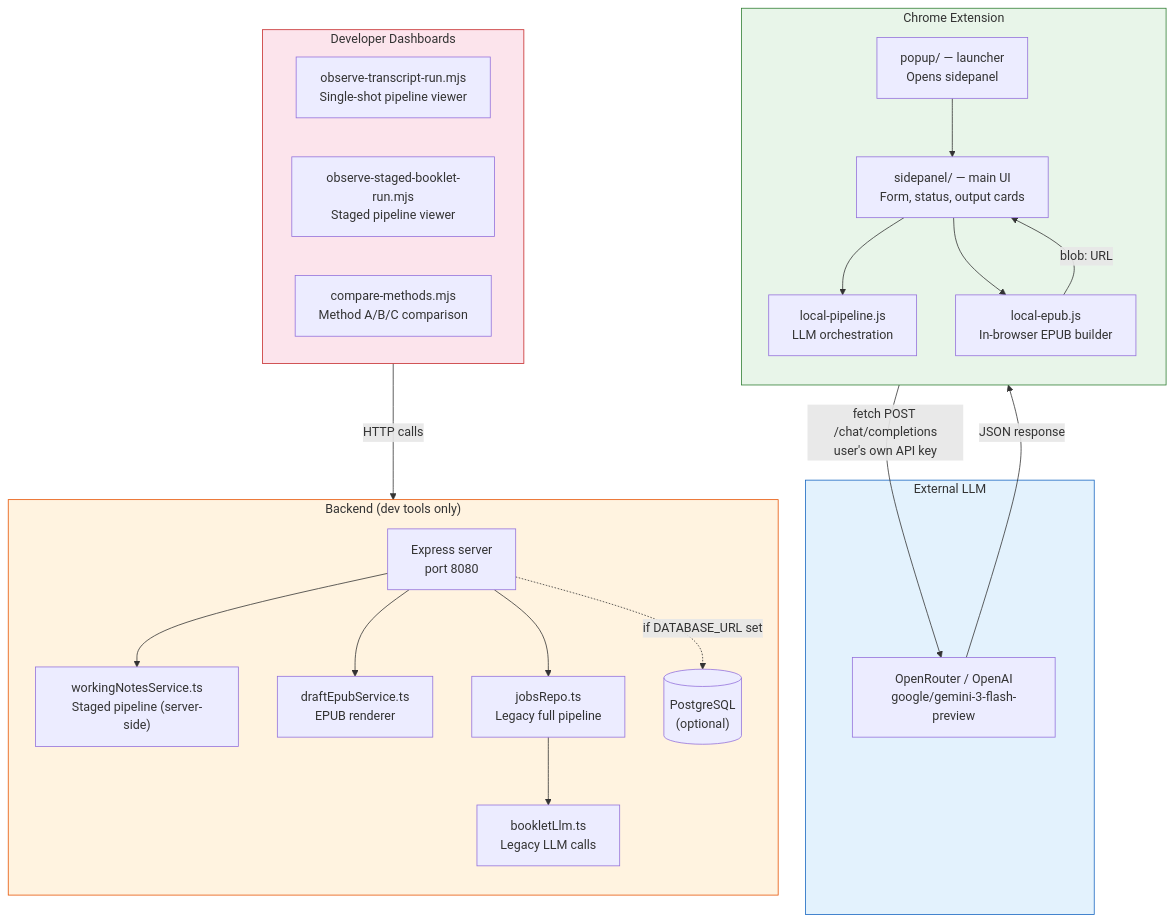
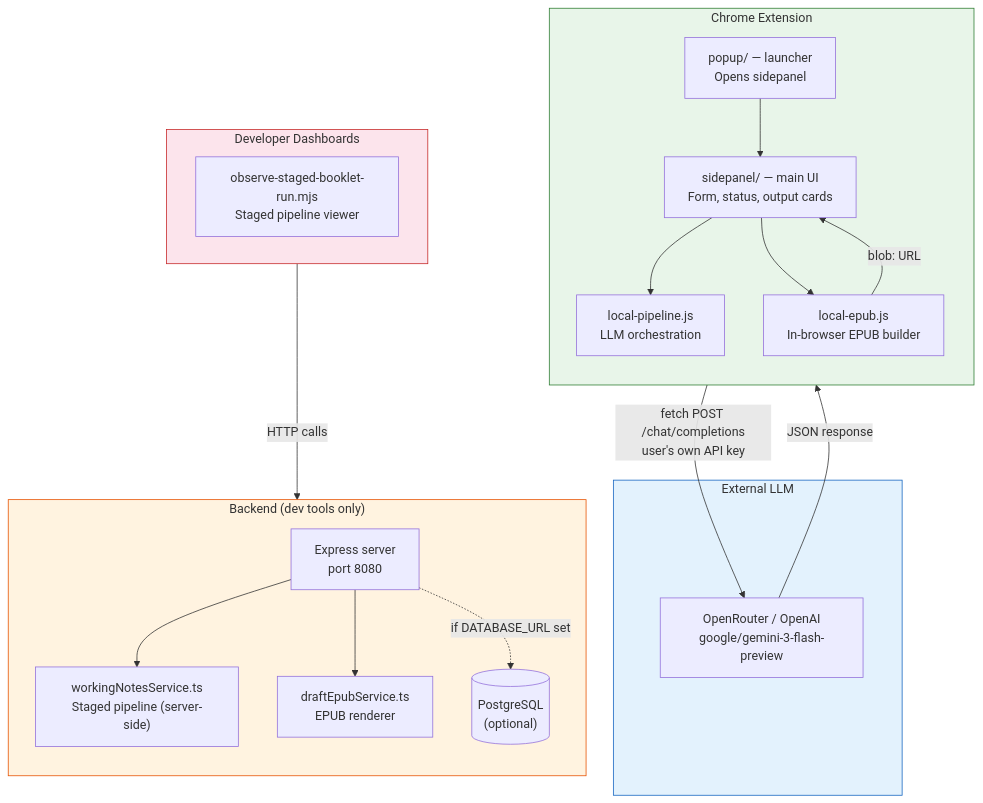
Before and after one commit to CeciliaHahan/podcast_to_ebook: the third of 6 diagrams in README.md, drawn with Mermaid. The commit also changed other lines of this file, not shown here.

First line of the commit message:
docs(readme): remove legacy pipeline references and update to match cleaned codebase

````diff
--- a/README.md
+++ b/README.md
@@ -63,51 +63,45 @@
 ```mermaid
 flowchart TD
   subgraph EXT["Chrome Extension"]
     direction TB
     POPUP["popup/ — launcher<br/>Opens sidepanel"]
     SP["sidepanel/ — main UI<br/>Form, status, output cards"]
     LP["local-pipeline.js<br/>LLM orchestration"]
     LE["local-epub.js<br/>In-browser EPUB builder"]
 
     POPUP --> SP
     SP --> LP
     SP --> LE
   end
 
   subgraph LLM_PROVIDER["External LLM"]
     OR["OpenRouter / OpenAI<br/>google/gemini-3-flash-preview"]
   end
 
   LP -->|"fetch POST /chat/completions<br/>user's own API key"| OR
   OR -->|"JSON response"| LP
   LE -->|"blob: URL"| SP
 
   subgraph BACKEND["Backend (dev tools only)"]
     direction TB
     EXPRESS["Express server<br/>port 8080"]
-    JOBS_REPO["jobsRepo.ts<br/>Legacy full pipeline"]
     WN_SVC["workingNotesService.ts<br/>Staged pipeline (server-side)"]
     DRAFT_SVC["draftEpubService.ts<br/>EPUB renderer"]
-    BLLM["bookletLlm.ts<br/>Legacy LLM calls"]
     PG[("PostgreSQL<br/>(optional)")]
 
     EXPRESS --> WN_SVC
     EXPRESS --> DRAFT_SVC
-    EXPRESS --> JOBS_REPO
-    JOBS_REPO --> BLLM
     EXPRESS -.->|"if DATABASE_URL set"| PG
   end
 
   subgraph DEVTOOLS["Developer Dashboards"]
-    OBS1["observe-transcript-run.mjs<br/>Single-shot pipeline viewer"]
-    OBS2["observe-staged-booklet-run.mjs<br/>Staged pipeline viewer"]
-    COMPARE["compare-methods.mjs<br/>Method A/B/C comparison"]
+    OBS["observe-staged-booklet-run.mjs<br/>Staged pipeline viewer"]
   end
 
   DEVTOOLS -->|"HTTP calls"| EXPRESS
 
   style EXT fill:#e8f5e9,stroke:#2e7d32
   style LLM_PROVIDER fill:#e3f2fd,stroke:#1565c0
   style BACKEND fill:#fff3e0,stroke:#e65100
   style DEVTOOLS fill:#fce4ec,stroke:#c62828
 ```
````
